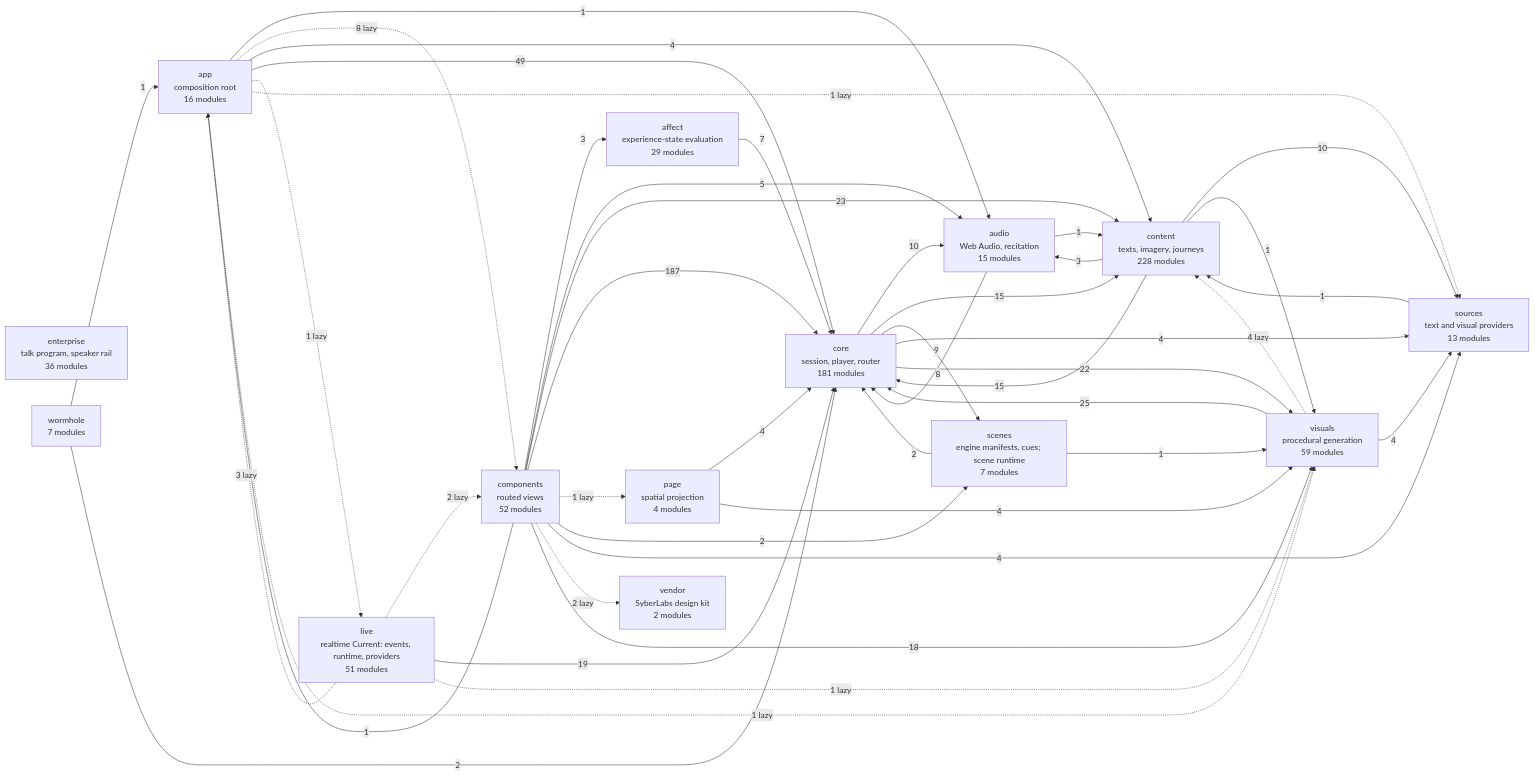
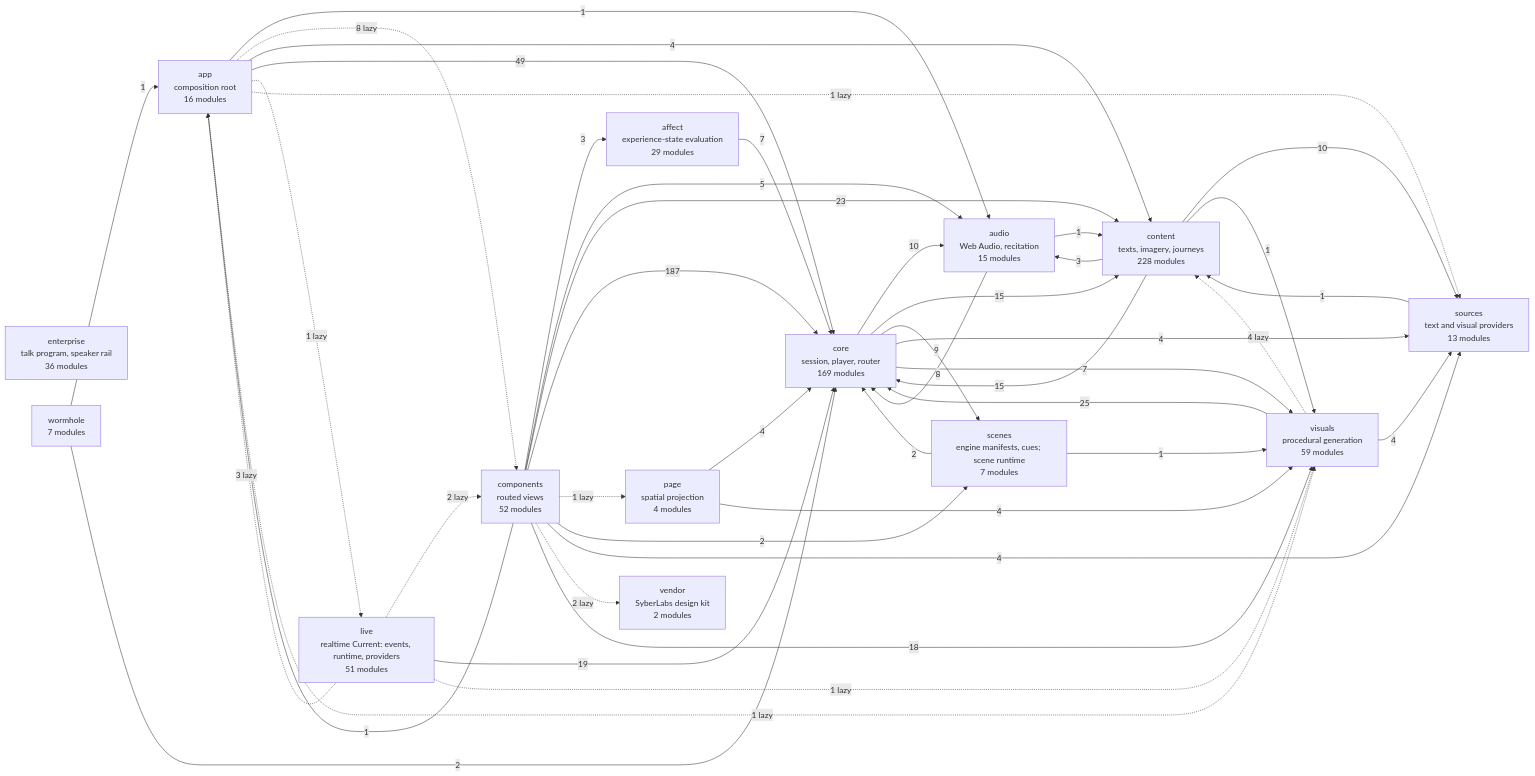
The diagram in docs/specs/ARCHITECTURE.md (SyberLabs/RISE), drawn with Mermaid before and after one commit. The commit also changed 32 other files, not shown here.

````diff
--- a/docs/specs/ARCHITECTURE.md
+++ b/docs/specs/ARCHITECTURE.md
@@ -161,61 +161,61 @@
 ```mermaid
 flowchart LR
     affect["affect<br/>experience-state evaluation<br/>29 modules"]
     app["app<br/>composition root<br/>16 modules"]
     audio["audio<br/>Web Audio, recitation<br/>15 modules"]
     components["components<br/>routed views<br/>52 modules"]
     content["content<br/>texts, imagery, journeys<br/>228 modules"]
-    core["core<br/>session, player, router<br/>181 modules"]
+    core["core<br/>session, player, router<br/>169 modules"]
     enterprise["enterprise<br/>talk program, speaker rail<br/>36 modules"]
     live["live<br/>realtime Current: events, runtime, providers<br/>51 modules"]
     page["page<br/>spatial projection<br/>4 modules"]
     scenes["scenes<br/>engine manifests, cues; scene runtime<br/>7 modules"]
     sources["sources<br/>text and visual providers<br/>13 modules"]
     vendor["vendor<br/>SyberLabs design kit<br/>2 modules"]
     visuals["visuals<br/>procedural generation<br/>59 modules"]
     wormhole["wormhole<br/>7 modules"]
 
     affect --> |7| core
     app --> |1| audio
     app -.-> |8 lazy| components
     app --> |4| content
     app --> |49| core
     app -.-> |1 lazy| live
     app -.-> |1 lazy| sources
     app -.-> |1 lazy| visuals
     audio --> |1| content
     audio --> |8| core
     components --> |3| affect
     components --> |1| app
     components --> |5| audio
     components --> |23| content
     components --> |187| core
     components -.-> |1 lazy| page
     components --> |2| scenes
     components --> |4| sources
     components -.-> |2 lazy| vendor
     components --> |18| visuals
     content --> |3| audio
     content --> |15| core
     content --> |10| sources
     content --> |1| visuals
     core --> |10| audio
     core --> |15| content
     core --> |9| scenes
     core --> |4| sources
-    core --> |22| visuals
+    core --> |7| visuals
     live -.-> |3 lazy| app
     live -.-> |2 lazy| components
     live --> |19| core
     live -.-> |1 lazy| visuals
     page --> |4| core
     page --> |4| visuals
     scenes --> |2| core
     scenes --> |1| visuals
     sources --> |1| content
     visuals -.-> |4 lazy| content
     visuals --> |25| core
     visuals --> |4| sources
     wormhole --> |1| app
     wormhole --> |2| core
 ```
````
